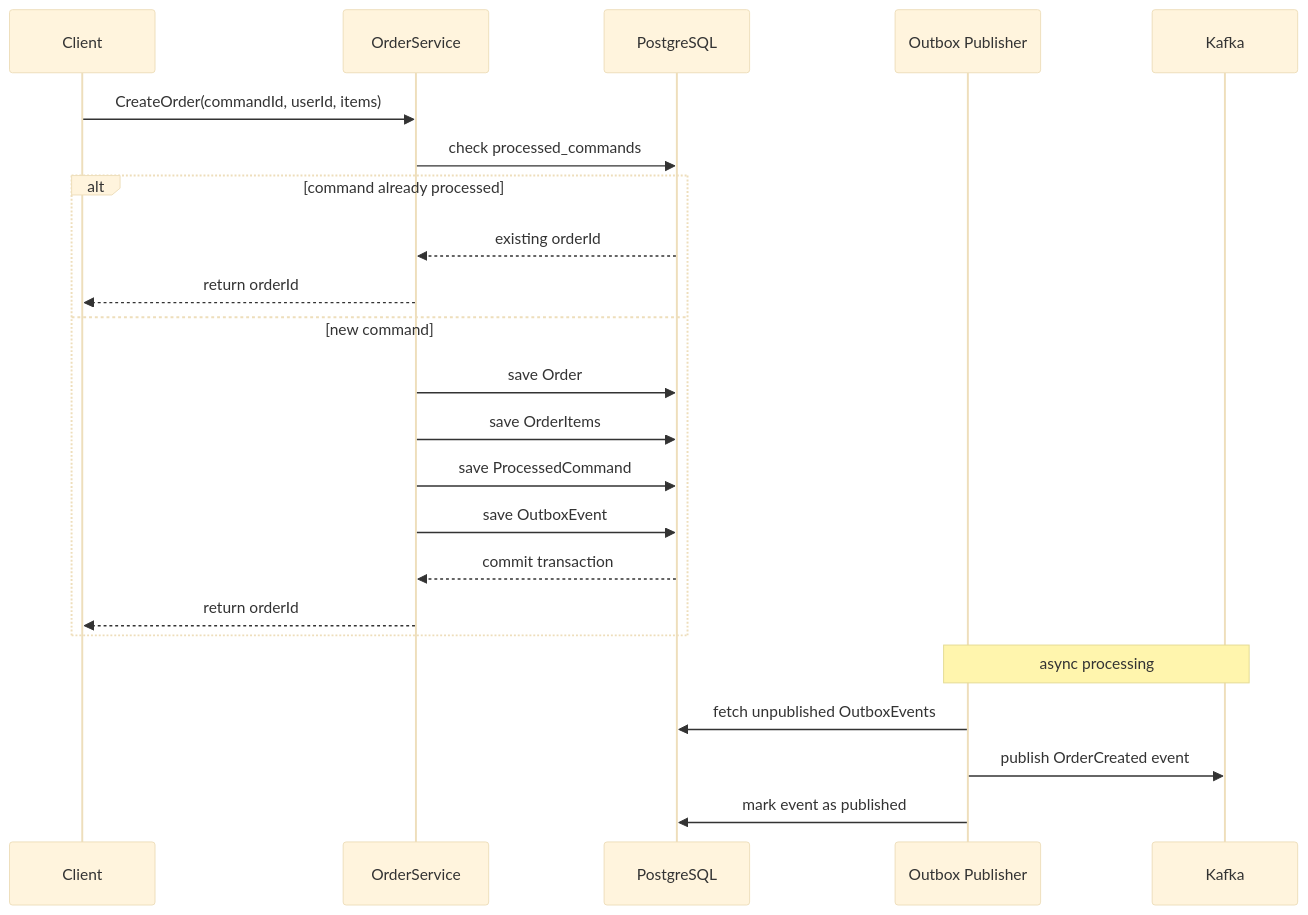
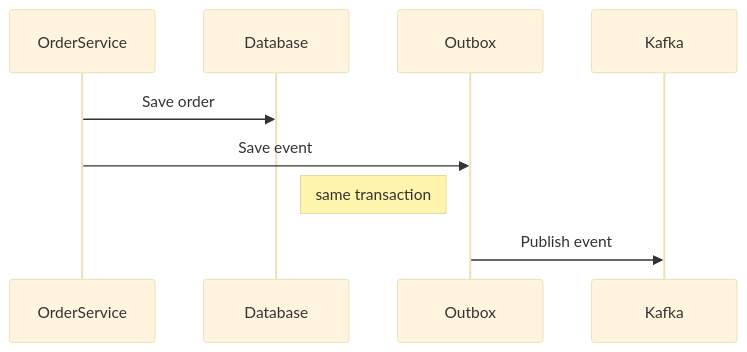
Before and after one commit to KhabRanel/oms-microservices: the second of 2 diagrams in order-service/README.md, drawn with Mermaid (base theme). The commit also changed other lines of this file and 2 other files, not shown here.

````diff
--- a/order-service/README.md
+++ b/order-service/README.md
@@ -87,29 +62,14 @@
 ```mermaid
 sequenceDiagram
-participant Client
+
 participant OrderService
-participant DB as PostgreSQL
-participant Outbox as Outbox Publisher
+participant Database
+participant Outbox
 participant Kafka
 
-    Client->>OrderService: CreateOrder(commandId, userId, items)
+OrderService->>Database: Save order
+OrderService->>Outbox: Save event
+Note right of Database: same transaction
 
-    OrderService->>DB: check processed_commands
-    alt command already processed
-        DB-->>OrderService: existing orderId
-        OrderService-->>Client: return orderId
-    else new command
-        OrderService->>DB: save Order
-        OrderService->>DB: save OrderItems
-        OrderService->>DB: save ProcessedCommand
-        OrderService->>DB: save OutboxEvent
-        DB-->>OrderService: commit transaction
-        OrderService-->>Client: return orderId
-    end
-
-    Note over Outbox,Kafka: async processing
-
-    Outbox->>DB: fetch unpublished OutboxEvents
-    Outbox->>Kafka: publish OrderCreated event
-    Outbox->>DB: mark event as published
+Outbox->>Kafka: Publish event
 ```
````
